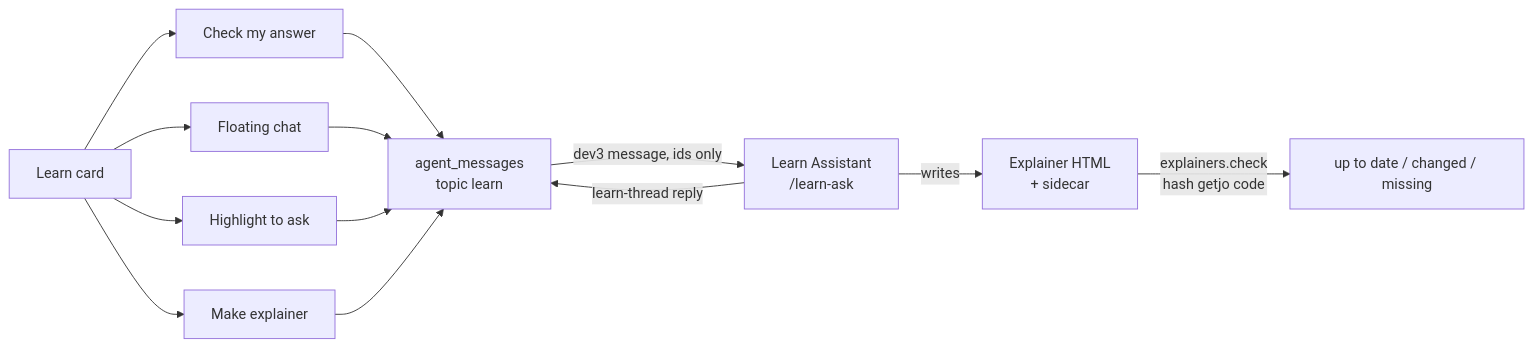
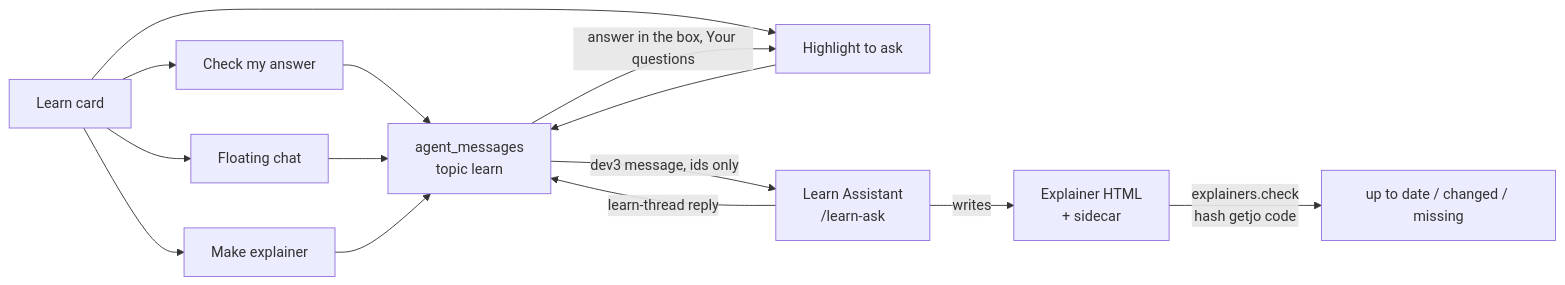
Before and after one commit to Pavlana/hirey: the first of 2 diagrams in docs/reference/learn.md, drawn with Mermaid. The commit also changed other lines of this file and 8 other files, not shown here.

````diff
--- a/docs/reference/learn.md
+++ b/docs/reference/learn.md
@@ -22,15 +23,16 @@
 ```mermaid
 flowchart LR
   C["Learn card"] --> K["Check my answer"]
   C --> Q["Floating chat"]
   C --> H["Highlight to ask"]
   C --> X["Make explainer"]
   K --> M["agent_messages<br/>topic learn"]
   Q --> M
   H --> M
   X --> M
   M -- "dev3 message, ids only" --> L["Learn Assistant<br/>/learn-ask"]
   L -- "learn-thread reply" --> M
+  M -- "answer in the box, Your questions" --> H
   L -- "writes" --> E["Explainer HTML<br/>+ sidecar"]
   E -- "explainers.check<br/>hash getjo code" --> S["up to date / changed / missing"]
 ```
````
